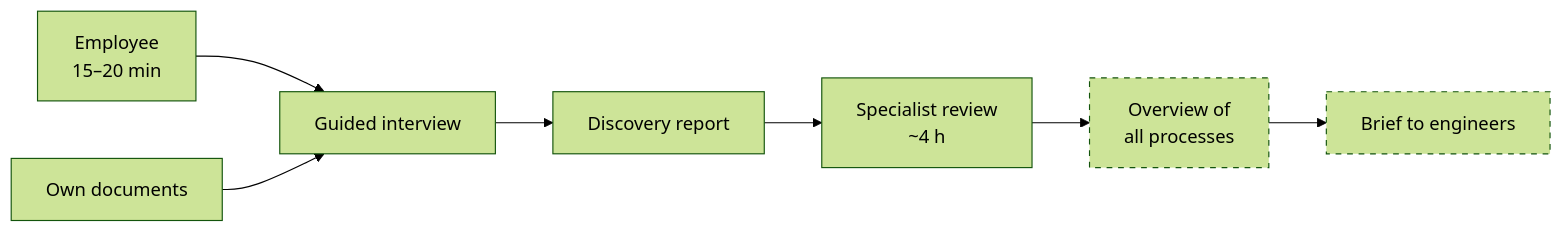
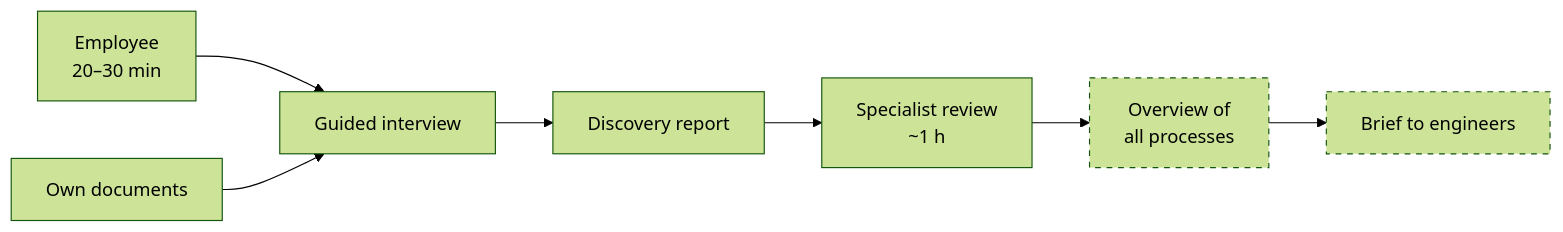
The diagram in docs/04-executive-summary/executive-summary.md (L-Neur0/northstar-agentic-ops), drawn with Mermaid (forest theme) before and after one commit. The commit also changed other lines of this file and 3 other files, not shown here.

````diff
--- a/docs/04-executive-summary/executive-summary.md
+++ b/docs/04-executive-summary/executive-summary.md
@@ -26,11 +26,11 @@
 ```mermaid
 flowchart LR
-  E["Employee<br/>15–20 min"] --> I["Guided interview"]
+  E["Employee<br/>20–30 min"] --> I["Guided interview"]
   D["Own documents"] --> I
   I --> R["Discovery report"]
-  R --> S["Specialist review<br/>~4 h"]
+  R --> S["Specialist review<br/>~1 h"]
   S --> O["Overview of<br/>all processes"]
   O --> B["Brief to engineers"]
   classDef next stroke-dasharray:5 5
   class O,B next
 ```
````
